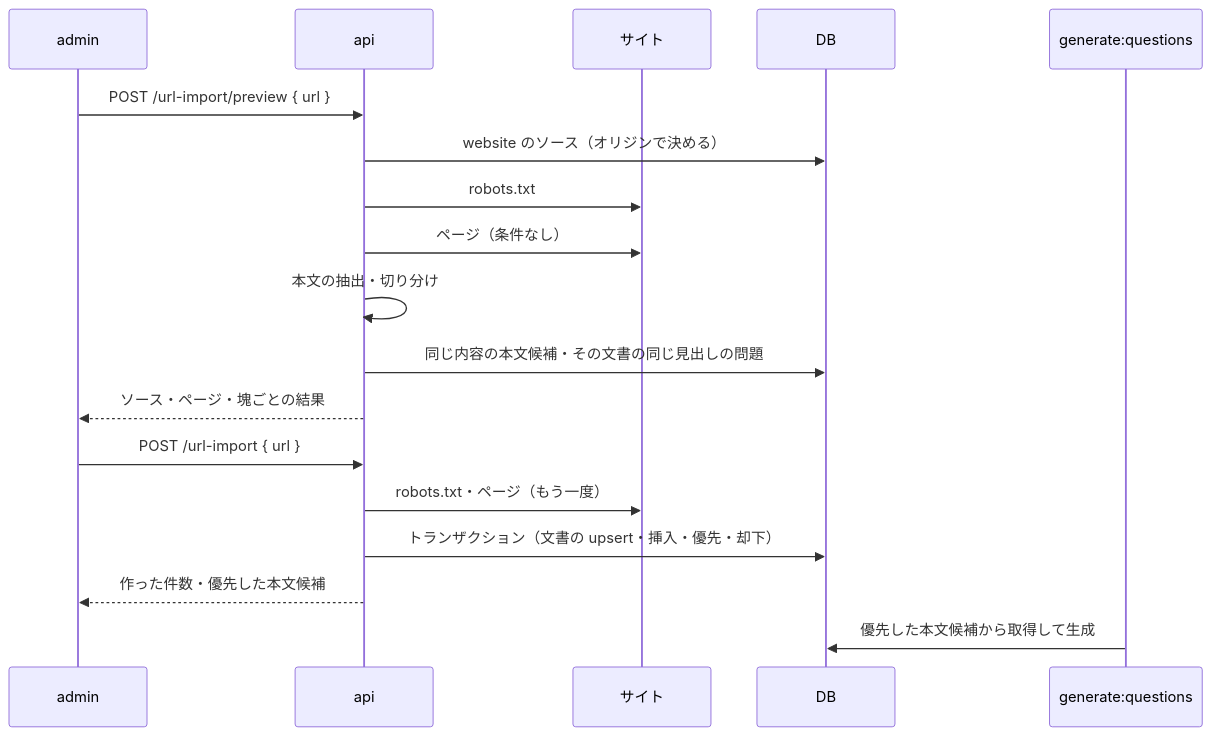
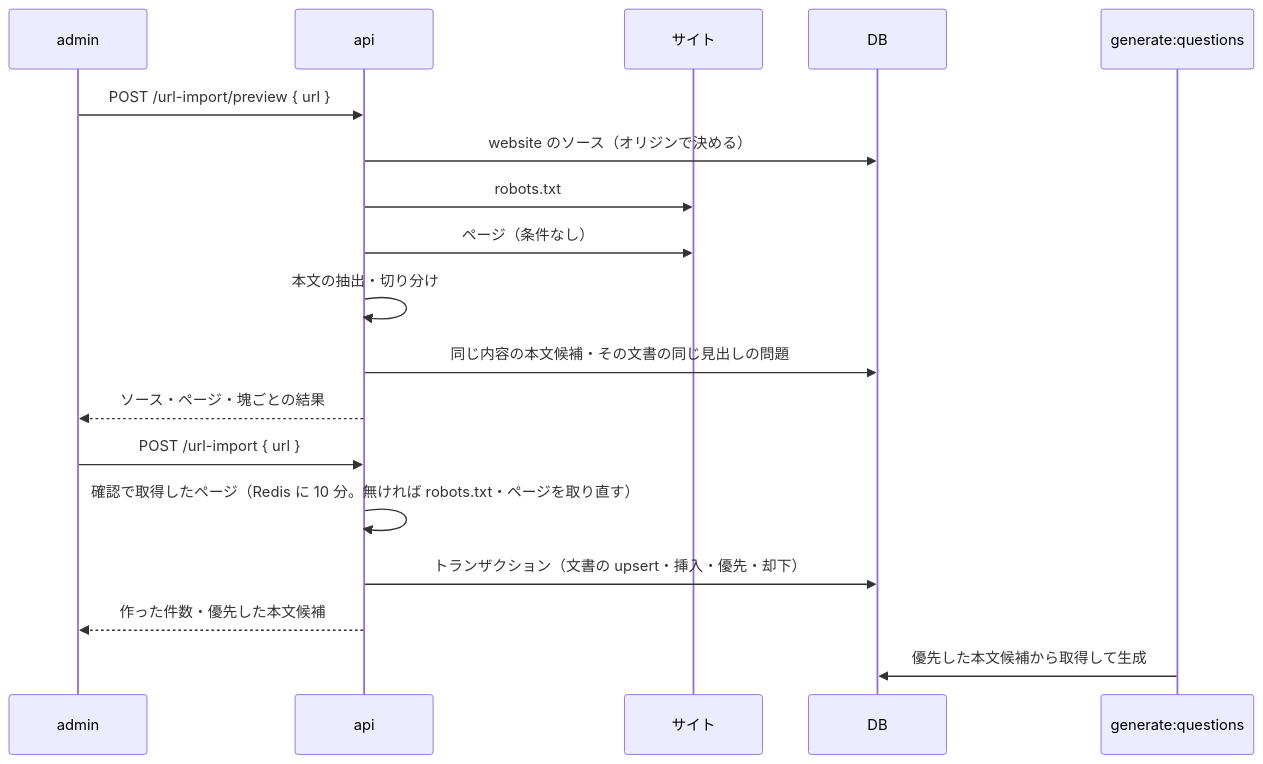
One commit to kentakki416/tech-english changed the second of 2 diagrams in docs/spec/url-import/README.md. Above: the diagram before and after it, drawn with Mermaid. The commit also changed other lines of this file and 8 other files, not shown here.

````diff
--- a/docs/spec/url-import/README.md
+++ b/docs/spec/url-import/README.md
@@ -244,21 +245,21 @@
 ```mermaid
 sequenceDiagram
     participant Admin as admin
     participant Api as api
     participant Site as サイト
     participant DB as DB
     participant Cron as generate:questions
 
     Admin->>Api: POST /url-import/preview { url }
     Api->>DB: website のソース（オリジンで決める）
     Api->>Site: robots.txt
     Api->>Site: ページ（条件なし）
     Api->>Api: 本文の抽出・切り分け
     Api->>DB: 同じ内容の本文候補・その文書の同じ見出しの問題
     Api-->>Admin: ソース・ページ・塊ごとの結果
     Admin->>Api: POST /url-import { url }
-    Api->>Site: robots.txt・ページ（もう一度）
+    Api->>Api: 確認で取得したページ（Redis に 10 分。無ければ robots.txt・ページを取り直す）
     Api->>DB: トランザクション（文書の upsert・挿入・優先・却下）
     Api-->>Admin: 作った件数・優先した本文候補
     Cron->>DB: 優先した本文候補から取得して生成
 ```
````
